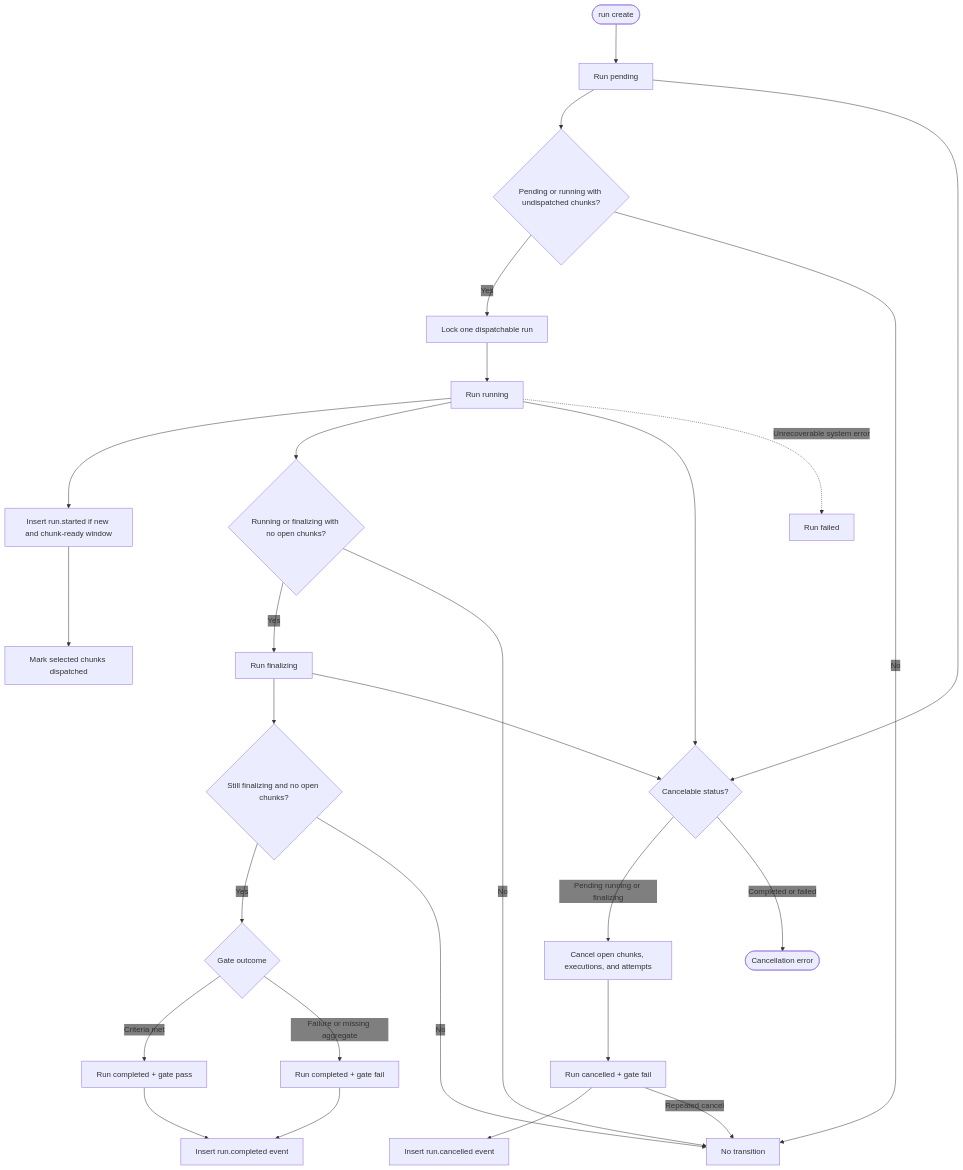
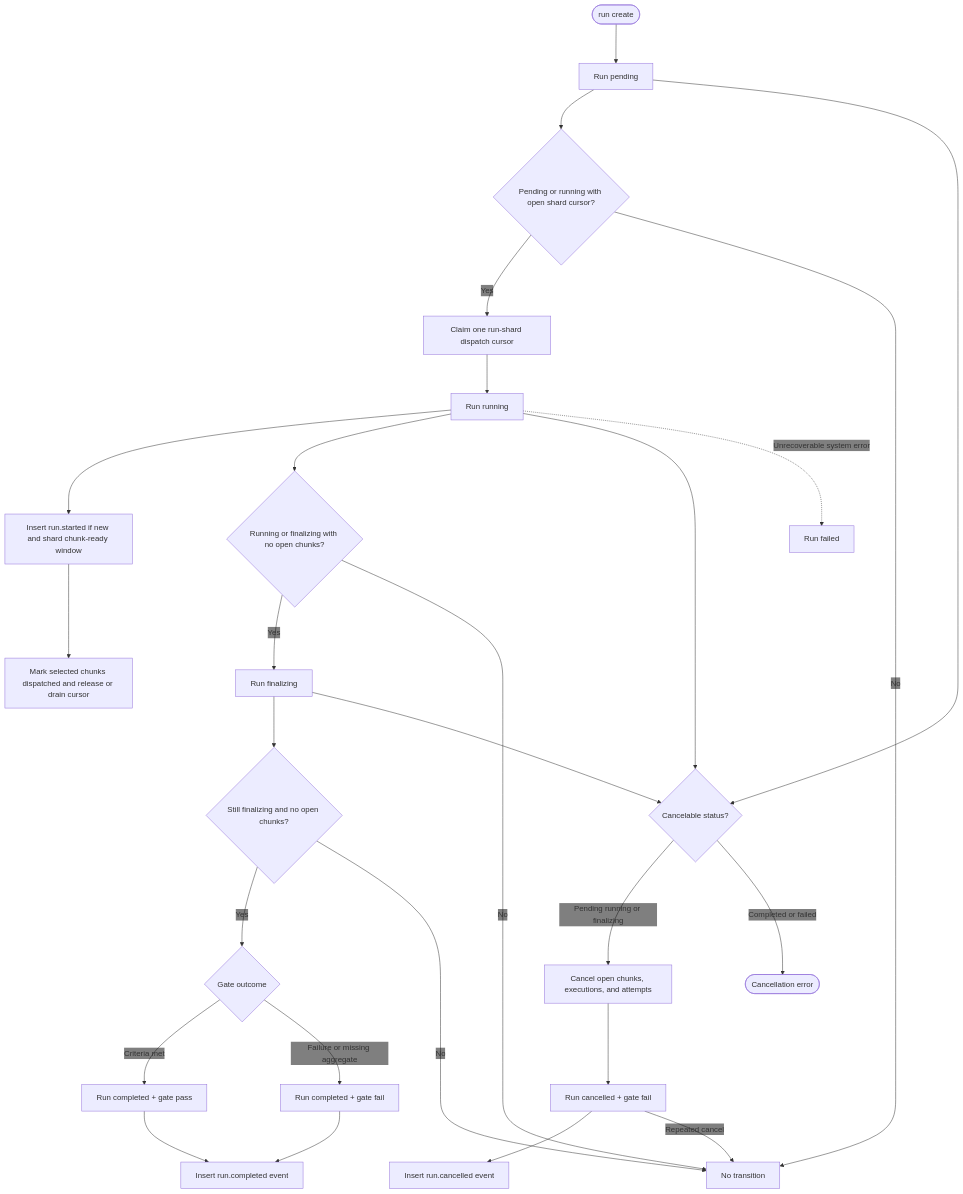
One commit to gregl83/agent-vigilo changed the diagram in web/docs/architecture/state/run-lifecycle/diagram.mmd. Above: the diagram before and after it, drawn with Mermaid. The commit also changed 28 other files, not shown here.

```diff
--- a/web/docs/architecture/state/run-lifecycle/diagram.mmd
+++ b/web/docs/architecture/state/run-lifecycle/diagram.mmd
@@ -1,65 +1,65 @@
 ---
 config:
   flowchart:
     nodeSpacing: 150
     rankSpacing: 80
   themeVariables:
     edgeLabelBackground: 'transparent'
 ---
 flowchart TD
     Create([run create])
     Pending[Run pending]
-    DispatchGuard{Pending or running with undispatched chunks?}
-    DispatchLock[Lock one dispatchable run]
+    DispatchGuard{Pending or running with open shard cursor?}
+    DispatchLock[Claim one run-shard dispatch cursor]
     Running[Run running]
-    DispatchEvents[Insert run.started if new and chunk-ready window]
-    DispatchCursor[Mark selected chunks dispatched]
+    DispatchEvents[Insert run.started if new and shard chunk-ready window]
+    DispatchCursor[Mark selected chunks dispatched and release or drain cursor]
 
     FinalizeGuard{Running or finalizing with no open chunks?}
     Finalizing[Run finalizing]
     FinalizeCheck{Still finalizing and no open chunks?}
     Gate{Gate outcome}
     CompletedPass[Run completed + gate pass]
     CompletedFail[Run completed + gate fail]
     CompletedEvent[Insert run.completed event]
 
     CancelGuard{Cancelable status?}
     CancelCascade[Cancel open chunks, executions, and attempts]
     Cancelled[Run cancelled + gate fail]
     CancelEvent[Insert run.cancelled event]
 
     Failed[Run failed]
     Noop[No transition]
     Reject([Cancellation error])
 
     Create --> Pending
 
     Pending --> DispatchGuard
     DispatchGuard -- Yes --> DispatchLock --> Running --> DispatchEvents --> DispatchCursor
     DispatchGuard -- No --> Noop
 
     Running --> FinalizeGuard
     FinalizeGuard -- Yes --> Finalizing
     FinalizeGuard -- No --> Noop
 
     Finalizing --> FinalizeCheck
     FinalizeCheck -- Yes --> Gate
     FinalizeCheck -- No --> Noop
 
     Gate -- Criteria met --> CompletedPass --> CompletedEvent
     Gate -- Failure or missing aggregate --> CompletedFail --> CompletedEvent
 
     Pending --> CancelGuard
     Running --> CancelGuard
     Finalizing --> CancelGuard
     CancelGuard -- Pending running or finalizing --> CancelCascade --> Cancelled --> CancelEvent
     CancelGuard -- Completed or failed --> Reject
     Cancelled -->|Repeated cancel| Noop
 
     Running -. Unrecoverable system error .-> Failed
 
     class Create command
     class Pending,Running,Finalizing,DispatchGuard,DispatchLock,DispatchEvents,DispatchCursor,FinalizeGuard,FinalizeCheck,Gate,CompletedEvent,CancelGuard,CancelCascade,CancelEvent system
     class CompletedPass success
     class CompletedFail,Cancelled,Failed,Reject error
     class Noop component
```
